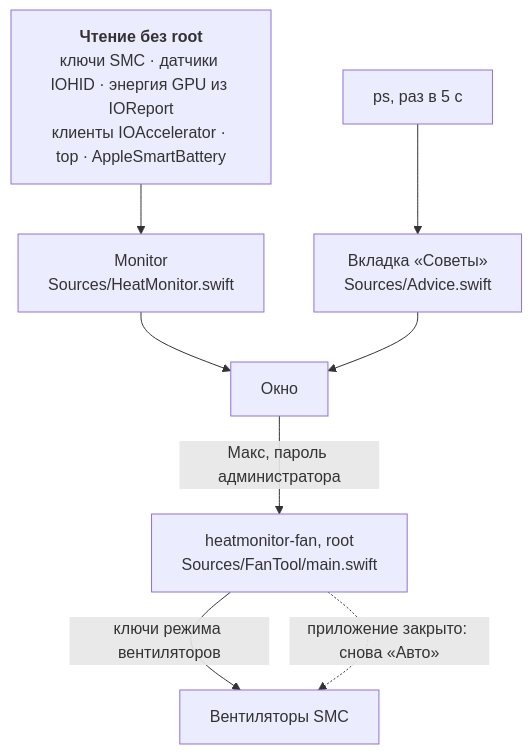
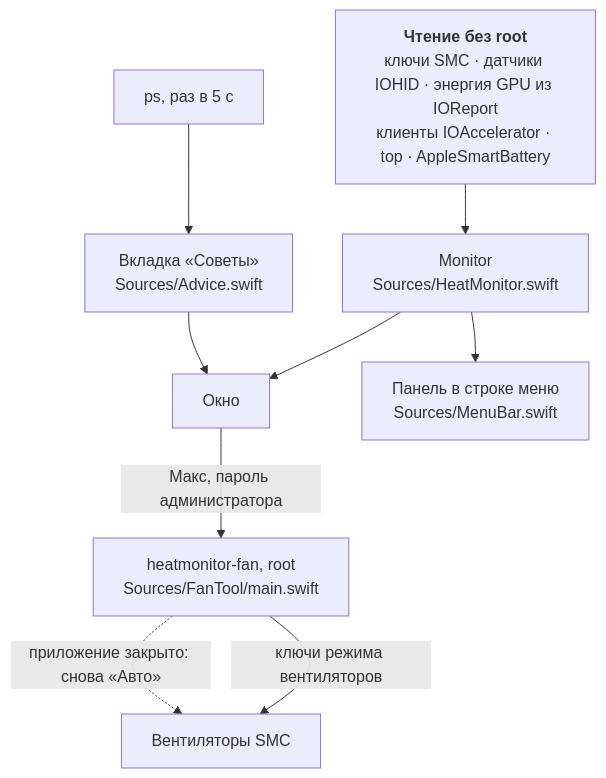
Before and after one commit to Disspear574/HeatMonitor: the diagram in README.ru.md, drawn with Mermaid. The commit also changed other lines of this file and 1 other file, not shown here.

Commit message:
docs: describe the menu bar, settings and polling on demand

````diff
--- a/README.ru.md
+++ b/README.ru.md
@@ -93,11 +112,12 @@
 ```mermaid
 flowchart TB
     Read["<b>Чтение без root</b><br/>ключи SMC · датчики IOHID · энергия GPU из IOReport<br/>клиенты IOAccelerator · top · AppleSmartBattery"]
     Read --> Monitor["Monitor<br/>Sources/HeatMonitor.swift"]
     PS["ps, раз в 5 с"] --> Advice["Вкладка «Советы»<br/>Sources/Advice.swift"]
     Monitor --> Window[Окно]
+    Monitor --> Panel["Панель в строке меню<br/>Sources/MenuBar.swift"]
     Advice --> Window
     Window -- "Макс, пароль администратора" --> Fan["heatmonitor-fan, root<br/>Sources/FanTool/main.swift"]
     Fan -- "ключи режима вентиляторов" --> Fans[Вентиляторы SMC]
     Fan -. "приложение закрыто: снова «Авто»" .-> Fans
 ```
````
